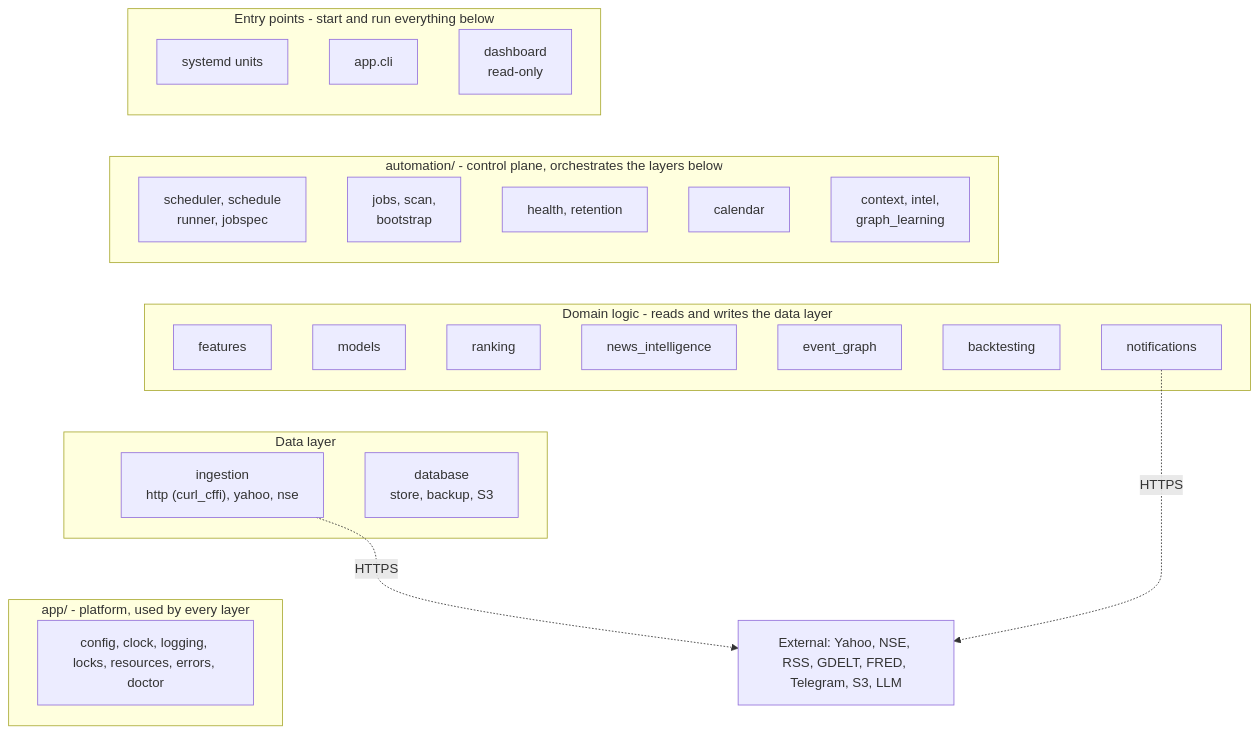
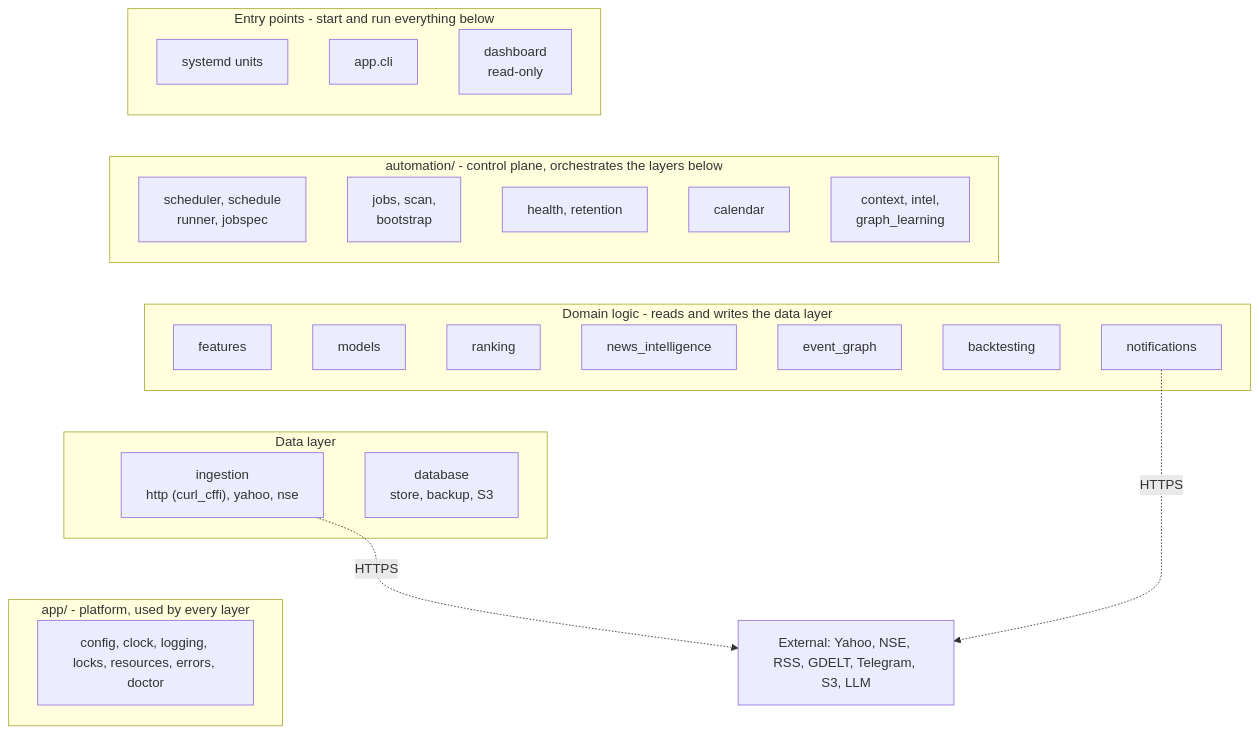
The second of 3 diagrams in MONSTER-AI/README.md (amansoni7477030/MonsterStock_AI), drawn with Mermaid before and after one commit. The commit also changed other lines of this file and 61 other files, not shown here.

````diff
--- a/MONSTER-AI/README.md
+++ b/MONSTER-AI/README.md
@@ -97,38 +97,38 @@
 ```mermaid
 flowchart TB
     subgraph L0["Entry points - start and run everything below"]
         UNITS["systemd units"]
         CLI["app.cli"]
         DASH["dashboard<br/>read-only"]
     end
     subgraph L1["automation/ - control plane, orchestrates the layers below"]
         SCHED["scheduler, schedule<br/>runner, jobspec"]
         JOBS["jobs, scan,<br/>bootstrap"]
         HEALTHM["health, retention"]
         CALM["calendar"]
         CTXM["context, intel,<br/>graph_learning"]
     end
     subgraph L2["Domain logic - reads and writes the data layer"]
         FEAT["features"]
         MOD["models"]
         RANK["ranking"]
         NEWS["news_intelligence"]
         GRAPH["event_graph"]
         BT["backtesting"]
         NOTIF["notifications"]
     end
     subgraph L3["Data layer"]
         ING["ingestion<br/>http (curl_cffi), yahoo, nse"]
         DBL["database<br/>store, backup, S3"]
     end
     subgraph L4["app/ - platform, used by every layer"]
         PLAT["config, clock, logging, locks, resources, errors, doctor"]
     end
-    EXT["External: Yahoo, NSE, RSS, GDELT, FRED, Telegram, S3, LLM"]
+    EXT["External: Yahoo, NSE, RSS, GDELT, Telegram, S3, LLM"]
     UNITS ~~~ SCHED
     SCHED ~~~ FEAT
     FEAT ~~~ ING
     ING ~~~ PLAT
     ING -.->|"HTTPS"| EXT
     NOTIF -.->|"HTTPS"| EXT
 ```
````
